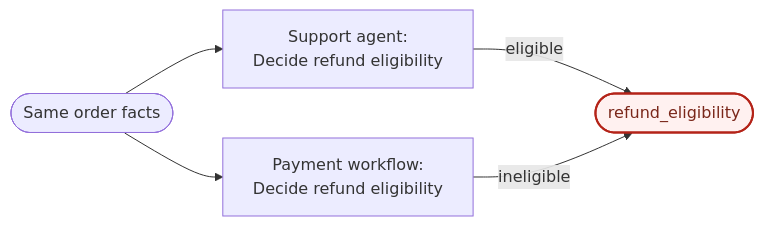
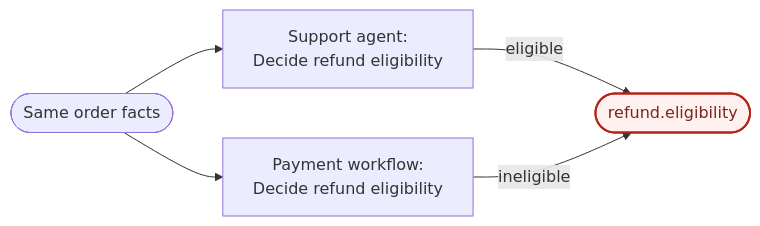
The fourth of 7 diagrams in README.md (hpark0011/decision-engineering), drawn with Mermaid before and after one commit. The commit also changed other lines of this file and 6 other files, not shown here.

Commit message:
reconcile drift between README, IDEA, SCHEMA

````diff
--- a/README.md
+++ b/README.md
@@ -128,9 +441,9 @@
 ```mermaid
 flowchart LR
     F([Same order facts]) --> S["Support agent:<br/>Decide refund eligibility"]
     F --> P["Payment workflow:<br/>Decide refund eligibility"]
-    S -->|eligible| E([refund_eligibility])
+    S -->|eligible| E([refund.eligibility])
     P -->|ineligible| E
     classDef problem fill:#fff1f0,stroke:#b42318,color:#7a271a,stroke-width:2px
     class E problem
 ```
````
